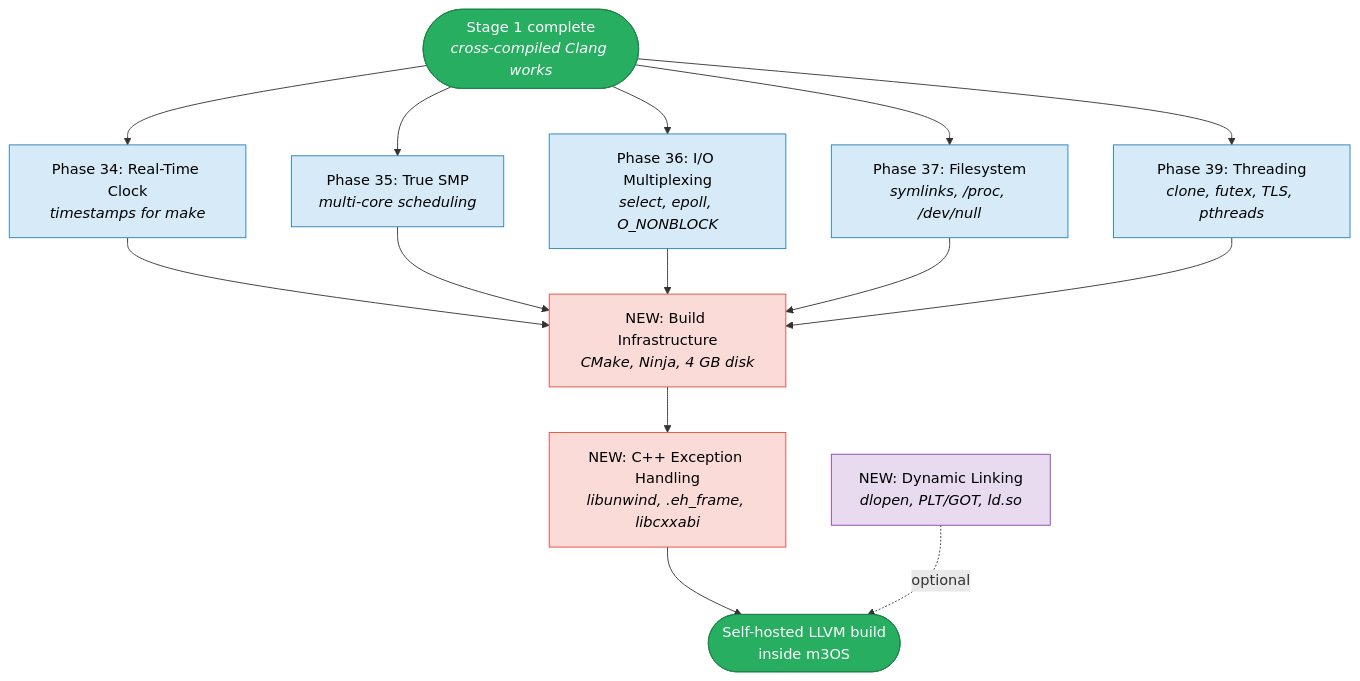
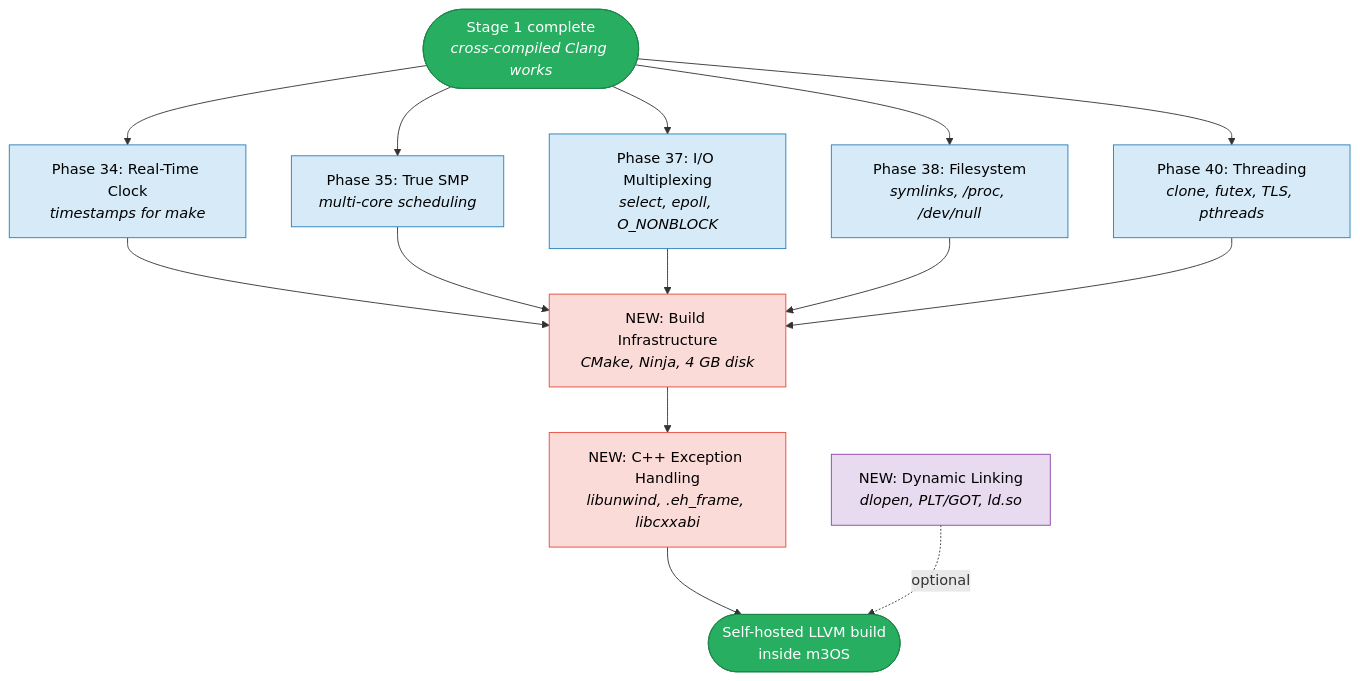
Before and after one commit to mikecubed/m3OS: the fifth of 6 diagrams in docs/clang-llvm-roadmap.md, drawn with Mermaid. The commit also changed other lines of this file and 34 other files, not shown here.

````diff
--- a/docs/clang-llvm-roadmap.md
+++ b/docs/clang-llvm-roadmap.md
@@ -521,42 +521,42 @@
 ```mermaid
 flowchart TD
     S1(["Stage 1 complete<br/><i>cross-compiled Clang works</i>"])
 
     P34["Phase 34: Real-Time Clock<br/><i>timestamps for make</i>"]
     P35["Phase 35: True SMP<br/><i>multi-core scheduling</i>"]
-    P36["Phase 36: I/O Multiplexing<br/><i>select, epoll, O_NONBLOCK</i>"]
-    P37["Phase 37: Filesystem<br/><i>symlinks, /proc, /dev/null</i>"]
-    P39["Phase 39: Threading<br/><i>clone, futex, TLS, pthreads</i>"]
+    P37["Phase 37: I/O Multiplexing<br/><i>select, epoll, O_NONBLOCK</i>"]
+    P38["Phase 38: Filesystem<br/><i>symlinks, /proc, /dev/null</i>"]
+    P40["Phase 40: Threading<br/><i>clone, futex, TLS, pthreads</i>"]
 
     BI["NEW: Build Infrastructure<br/><i>CMake, Ninja, 4 GB disk</i>"]
     EH["NEW: C++ Exception Handling<br/><i>libunwind, .eh_frame, libcxxabi</i>"]
     DL["NEW: Dynamic Linking<br/><i>dlopen, PLT/GOT, ld.so</i>"]
     DONE(["Self-hosted LLVM build<br/>inside m3OS"])
 
     S1 --> P34
     S1 --> P35
-    S1 --> P36
     S1 --> P37
-    S1 --> P39
+    S1 --> P38
+    S1 --> P40
 
     P34 --> BI
     P35 --> BI
-    P36 --> BI
     P37 --> BI
-    P39 --> BI
+    P38 --> BI
+    P40 --> BI
 
     BI --> EH
     EH --> DONE
     DL -.->|"optional"| DONE
 
     style S1 fill:#27ae60,stroke:#1e8449,color:#fff
     style P34 fill:#d6eaf8,stroke:#2980b9,color:#000
     style P35 fill:#d6eaf8,stroke:#2980b9,color:#000
-    style P36 fill:#d6eaf8,stroke:#2980b9,color:#000
     style P37 fill:#d6eaf8,stroke:#2980b9,color:#000
-    style P39 fill:#d6eaf8,stroke:#2980b9,color:#000
+    style P38 fill:#d6eaf8,stroke:#2980b9,color:#000
+    style P40 fill:#d6eaf8,stroke:#2980b9,color:#000
     style BI fill:#fadbd8,stroke:#e74c3c,color:#000
     style EH fill:#fadbd8,stroke:#e74c3c,color:#000
     style DL fill:#e8daef,stroke:#8e44ad,color:#000
     style DONE fill:#27ae60,stroke:#1e8449,color:#fff
 ```
````
